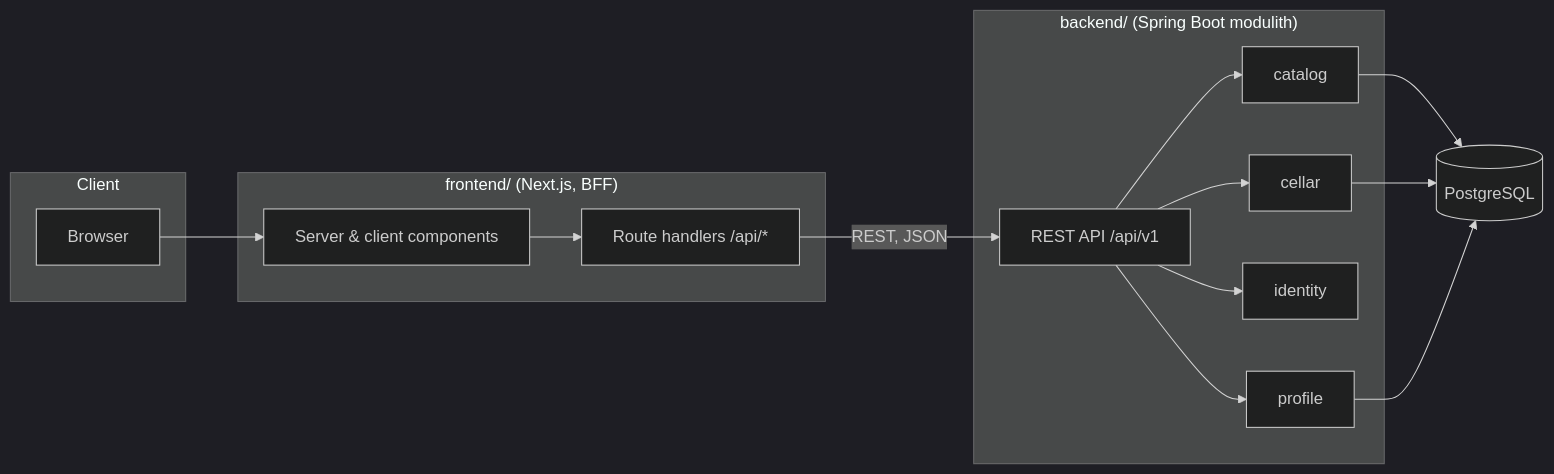
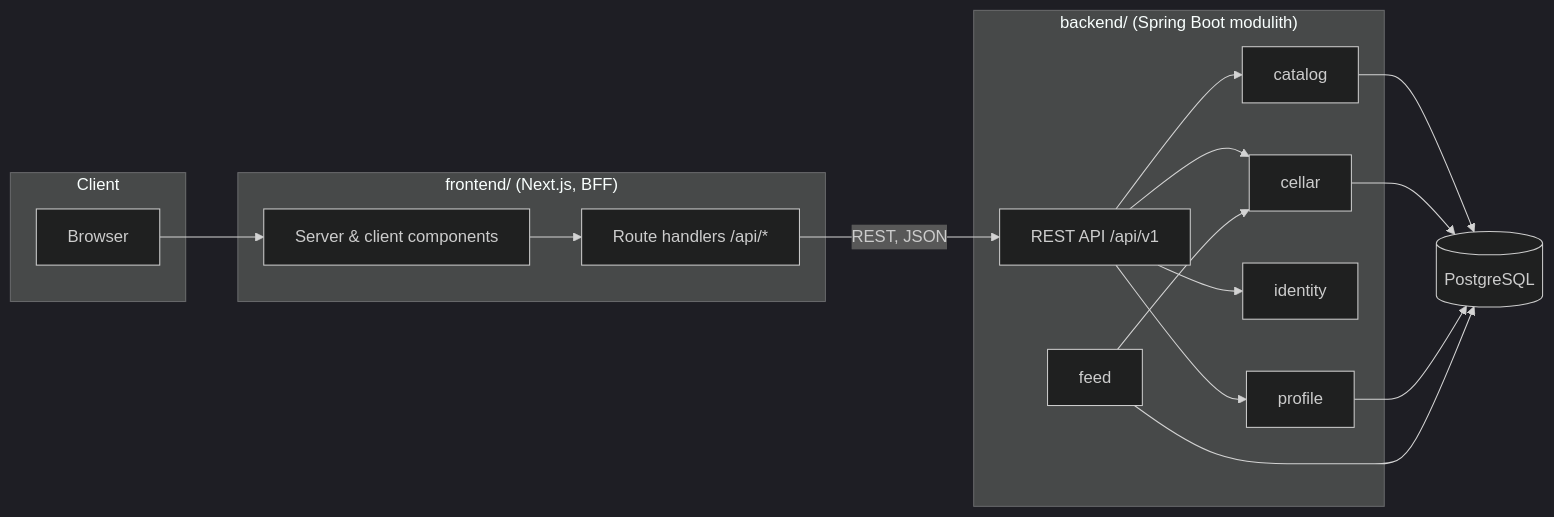
Before and after one commit to MiguelSombrero/kalia: the diagram in docs/architecture.md, drawn with Mermaid (dark theme). The commit also changed other lines of this file and 19 other files, not shown here.

````diff
--- a/docs/architecture.md
+++ b/docs/architecture.md
@@ -53,22 +53,24 @@
 ```mermaid
 flowchart LR
     subgraph Client
         Browser
     end
     subgraph Frontend["frontend/ (Next.js, BFF)"]
         UI[Server & client components]
         RH[Route handlers /api/*]
     end
     subgraph Backend["backend/ (Spring Boot modulith)"]
         API[REST API /api/v1]
         CAT[catalog]
         CEL[cellar]
         IDN[identity]
         PROF[profile]
+        FED[feed]
     end
     Browser --> UI
     UI --> RH
     RH -->|REST, JSON| API
     API --> CAT & CEL & IDN & PROF
-    CAT & CEL & PROF --> PG[(PostgreSQL)]
+    FED --> CEL
+    CAT & CEL & PROF & FED --> PG[(PostgreSQL)]
 ```
````
